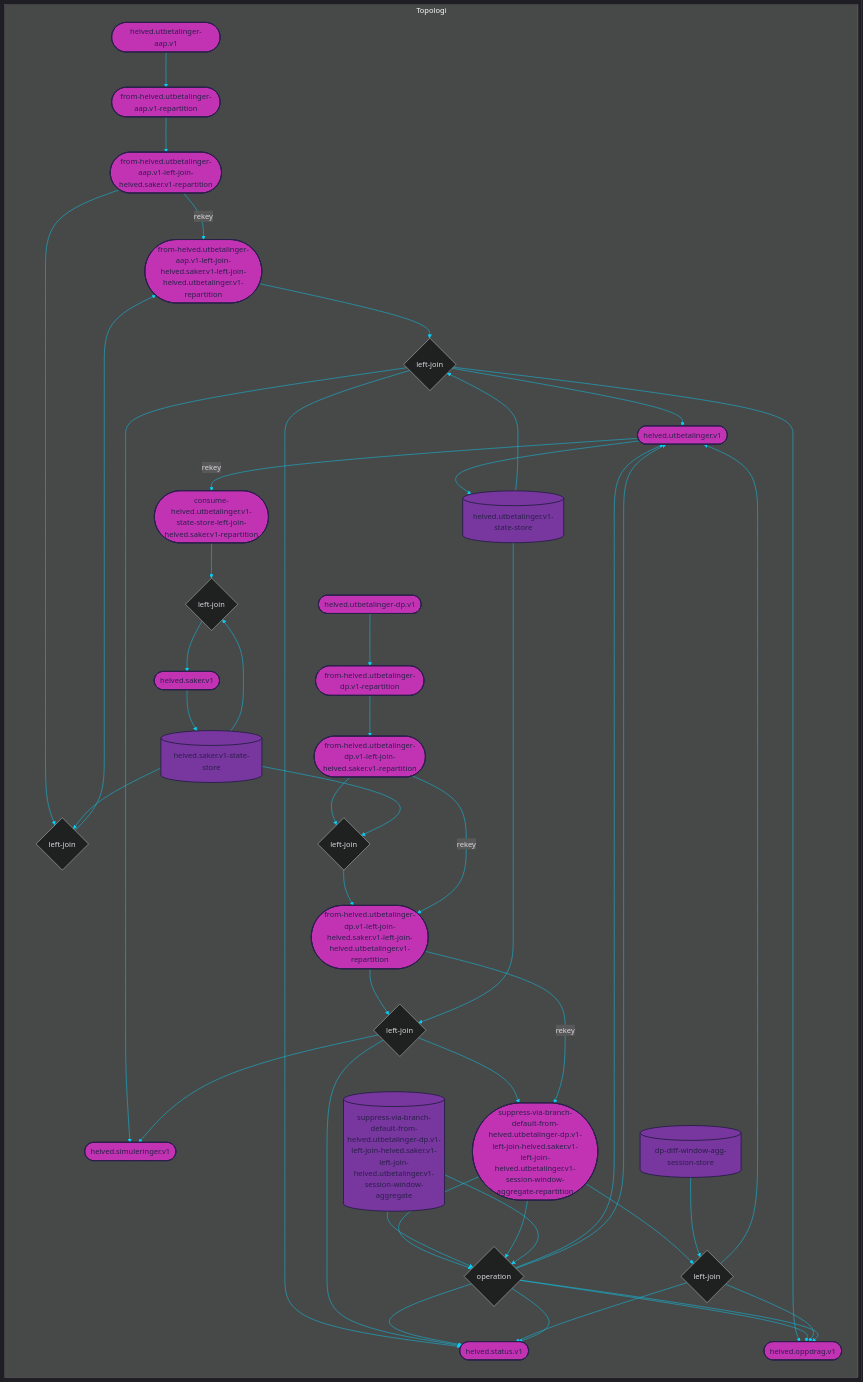
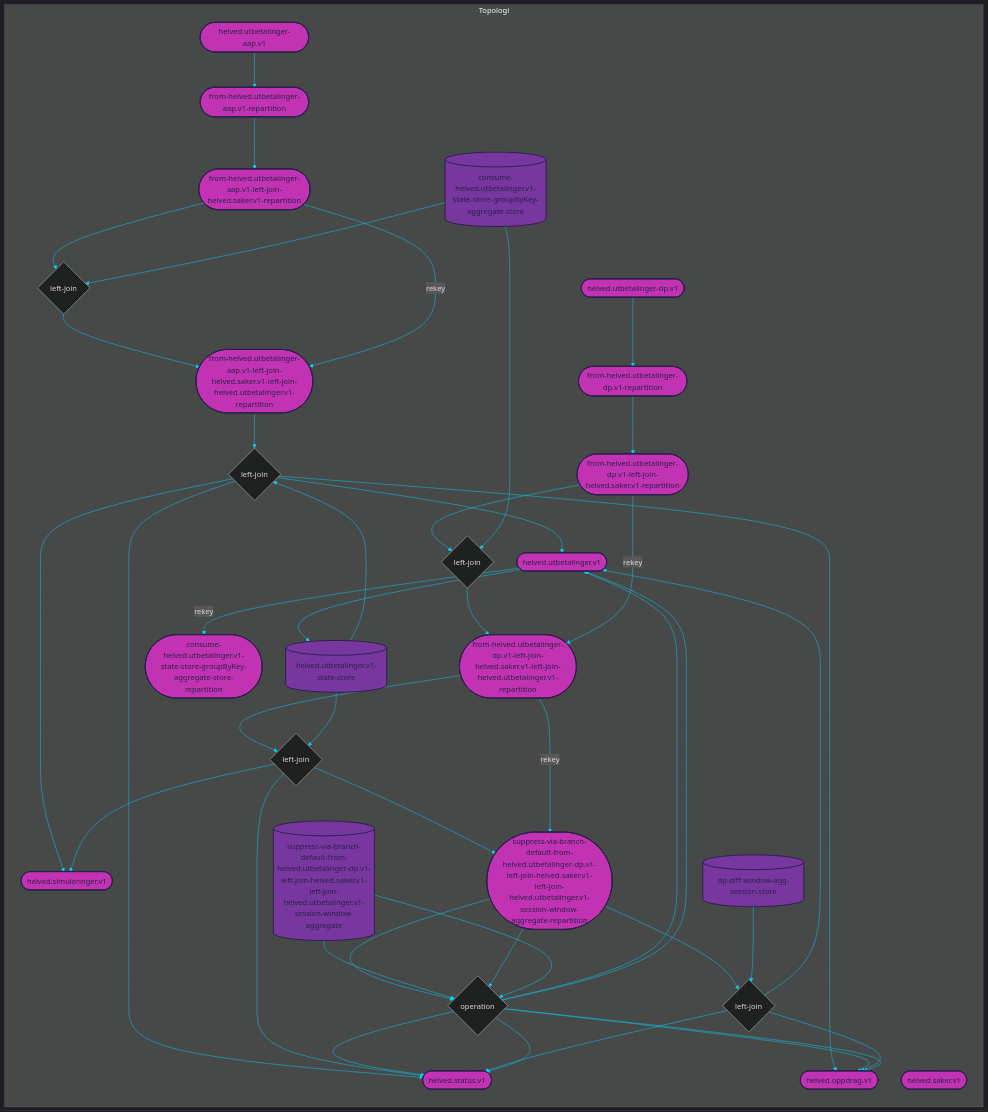
The diagram in dokumentasjon/topology.mmd (navikt/helved-utbetaling), drawn with Mermaid before and after one commit. The commit also changed 13 other files, not shown here.

Commit message:
rewrite saker to aggregate

```diff
--- a/dokumentasjon/topology.mmd
+++ b/dokumentasjon/topology.mmd
@@ -8,7 +8,7 @@
     from-helved.utbetalinger-aap.v1-left-join-helved.saker.v1-left-join-helved.utbetalinger.v1-repartition([from-helved.utbetalinger-aap.v1-left-join-helved.saker.v1-left-join-helved.utbetalinger.v1-repartition])
 	from-helved.utbetalinger-dp.v1-left-join-helved.saker.v1-left-join-helved.utbetalinger.v1-repartition([from-helved.utbetalinger-dp.v1-left-join-helved.saker.v1-left-join-helved.utbetalinger.v1-repartition])
 	helved.utbetalinger.v1([helved.utbetalinger.v1])
-	consume-helved.utbetalinger.v1-state-store-left-join-helved.saker.v1-repartition([consume-helved.utbetalinger.v1-state-store-left-join-helved.saker.v1-repartition])
+	consume-helved.utbetalinger.v1-state-store-groupByKey-aggregate-store-repartition([consume-helved.utbetalinger.v1-state-store-groupByKey-aggregate-store-repartition])
 	helved.oppdrag.v1([helved.oppdrag.v1])
 	helved.simuleringer.v1([helved.simuleringer.v1])
 	helved.status.v1([helved.status.v1])
@@ -26,7 +26,6 @@
 	from-helved.utbetalinger-dp.v1-left-join-helved.saker.v1-left-join-helved.utbetalinger.v1{left-join}
 	from-helved.utbetalinger-aap.v1-left-join-helved.saker.v1{left-join}
 	from-helved.utbetalinger-dp.v1-left-join-helved.saker.v1{left-join}
-	consume-helved.utbetalinger.v1-state-store-left-join-helved.saker.v1{left-join}
 	via-branch-default-from-helved.utbetalinger-dp.v1-left-join-helved.saker.v1-left-join-helved.utbetalinger.v1-session-window-operation-reduced{left-join}
 	suppress-via-branch-default-from-helved.utbetalinger-dp.v1-left-join-helved.saker.v1-left-join-helved.utbetalinger.v1-session-window{left-join}
 
@@ -35,7 +34,7 @@
     
     %% STATE STORES
     helved.utbetalinger.v1-state-store[(helved.utbetalinger.v1-state-store)]
-	helved.saker.v1-state-store[(helved.saker.v1-state-store)]
+	consume-helved.utbetalinger.v1-state-store-groupByKey-aggregate-store[(consume-helved.utbetalinger.v1-state-store-groupByKey-aggregate-store)]
 	suppress-via-branch-default-from-helved.utbetalinger-dp.v1-left-join-helved.saker.v1-left-join-helved.utbetalinger.v1-session-window-aggregate[(suppress-via-branch-default-from-helved.utbetalinger-dp.v1-left-join-helved.saker.v1-left-join-helved.utbetalinger.v1-session-window-aggregate)]
 	dp-diff-window-agg-session-store[(dp-diff-window-agg-session-store)]
     
@@ -55,18 +54,15 @@
 	from-helved.utbetalinger-aap.v1-left-join-helved.saker.v1-left-join-helved.utbetalinger.v1 --> helved.oppdrag.v1
 	from-helved.utbetalinger-dp.v1-left-join-helved.saker.v1-left-join-helved.utbetalinger.v1-repartition --> from-helved.utbetalinger-dp.v1-left-join-helved.saker.v1-left-join-helved.utbetalinger.v1
 	helved.utbetalinger.v1-state-store --> from-helved.utbetalinger-dp.v1-left-join-helved.saker.v1-left-join-helved.utbetalinger.v1
+	from-helved.utbetalinger-dp.v1-left-join-helved.saker.v1-left-join-helved.utbetalinger.v1 --> helved.simuleringer.v1
 	from-helved.utbetalinger-dp.v1-left-join-helved.saker.v1-left-join-helved.utbetalinger.v1 --> helved.status.v1
-	from-helved.utbetalinger-dp.v1-left-join-helved.saker.v1-left-join-helved.utbetalinger.v1 --> helved.simuleringer.v1
 	from-helved.utbetalinger-dp.v1-left-join-helved.saker.v1-left-join-helved.utbetalinger.v1 --> suppress-via-branch-default-from-helved.utbetalinger-dp.v1-left-join-helved.saker.v1-left-join-helved.utbetalinger.v1-session-window-aggregate-repartition
 	from-helved.utbetalinger-aap.v1-left-join-helved.saker.v1-repartition --> from-helved.utbetalinger-aap.v1-left-join-helved.saker.v1
-	helved.saker.v1-state-store --> from-helved.utbetalinger-aap.v1-left-join-helved.saker.v1
+	consume-helved.utbetalinger.v1-state-store-groupByKey-aggregate-store --> from-helved.utbetalinger-aap.v1-left-join-helved.saker.v1
 	from-helved.utbetalinger-aap.v1-left-join-helved.saker.v1 --> from-helved.utbetalinger-aap.v1-left-join-helved.saker.v1-left-join-helved.utbetalinger.v1-repartition
 	from-helved.utbetalinger-dp.v1-left-join-helved.saker.v1-repartition --> from-helved.utbetalinger-dp.v1-left-join-helved.saker.v1
-	helved.saker.v1-state-store --> from-helved.utbetalinger-dp.v1-left-join-helved.saker.v1
+	consume-helved.utbetalinger.v1-state-store-groupByKey-aggregate-store --> from-helved.utbetalinger-dp.v1-left-join-helved.saker.v1
 	from-helved.utbetalinger-dp.v1-left-join-helved.saker.v1 --> from-helved.utbetalinger-dp.v1-left-join-helved.saker.v1-left-join-helved.utbetalinger.v1-repartition
-	consume-helved.utbetalinger.v1-state-store-left-join-helved.saker.v1-repartition --> consume-helved.utbetalinger.v1-state-store-left-join-helved.saker.v1
-	helved.saker.v1-state-store --> consume-helved.utbetalinger.v1-state-store-left-join-helved.saker.v1
-	consume-helved.utbetalinger.v1-state-store-left-join-helved.saker.v1 --> helved.saker.v1
 	suppress-via-branch-default-from-helved.utbetalinger-dp.v1-left-join-helved.saker.v1-left-join-helved.utbetalinger.v1-session-window-aggregate-repartition --> via-branch-default-from-helved.utbetalinger-dp.v1-left-join-helved.saker.v1-left-join-helved.utbetalinger.v1-session-window-operation-reduced
 	suppress-via-branch-default-from-helved.utbetalinger-dp.v1-left-join-helved.saker.v1-left-join-helved.utbetalinger.v1-session-window-aggregate --> via-branch-default-from-helved.utbetalinger-dp.v1-left-join-helved.saker.v1-left-join-helved.utbetalinger.v1-session-window-operation-reduced
 	via-branch-default-from-helved.utbetalinger-dp.v1-left-join-helved.saker.v1-left-join-helved.utbetalinger.v1-session-window-operation-reduced --> helved.utbetalinger.v1
@@ -80,7 +76,6 @@
 
     %% TABLE STREAMS
     helved.utbetalinger.v1 --> helved.utbetalinger.v1-state-store
-	helved.saker.v1 --> helved.saker.v1-state-store
 
     %% JOB STREAMS
     
@@ -90,7 +85,7 @@
 
     %% REPARTITION STREAMS
     from-helved.utbetalinger-dp.v1-left-join-helved.saker.v1-left-join-helved.utbetalinger.v1-repartition --> |rekey| suppress-via-branch-default-from-helved.utbetalinger-dp.v1-left-join-helved.saker.v1-left-join-helved.utbetalinger.v1-session-window-aggregate-repartition
-	helved.utbetalinger.v1 --> |rekey| consume-helved.utbetalinger.v1-state-store-left-join-helved.saker.v1-repartition
+	helved.utbetalinger.v1 --> |rekey| consume-helved.utbetalinger.v1-state-store-groupByKey-aggregate-store-repartition
 	from-helved.utbetalinger-aap.v1-left-join-helved.saker.v1-repartition --> |rekey| from-helved.utbetalinger-aap.v1-left-join-helved.saker.v1-left-join-helved.utbetalinger.v1-repartition
 	from-helved.utbetalinger-dp.v1-left-join-helved.saker.v1-repartition --> |rekey| from-helved.utbetalinger-dp.v1-left-join-helved.saker.v1-left-join-helved.utbetalinger.v1-repartition
     
@@ -119,7 +114,7 @@
 style from-helved.utbetalinger-aap.v1-left-join-helved.saker.v1-left-join-helved.utbetalinger.v1-repartition fill:#c233b4, stroke:#2a204a, stroke-width:2px, color:#2a204a
 style from-helved.utbetalinger-dp.v1-left-join-helved.saker.v1-left-join-helved.utbetalinger.v1-repartition fill:#c233b4, stroke:#2a204a, stroke-width:2px, color:#2a204a
 style helved.utbetalinger.v1 fill:#c233b4, stroke:#2a204a, stroke-width:2px, color:#2a204a
-style consume-helved.utbetalinger.v1-state-store-left-join-helved.saker.v1-repartition fill:#c233b4, stroke:#2a204a, stroke-width:2px, color:#2a204a
+style consume-helved.utbetalinger.v1-state-store-groupByKey-aggregate-store-repartition fill:#c233b4, stroke:#2a204a, stroke-width:2px, color:#2a204a
 style helved.oppdrag.v1 fill:#c233b4, stroke:#2a204a, stroke-width:2px, color:#2a204a
 style helved.simuleringer.v1 fill:#c233b4, stroke:#2a204a, stroke-width:2px, color:#2a204a
 style helved.status.v1 fill:#c233b4, stroke:#2a204a, stroke-width:2px, color:#2a204a
@@ -132,6 +127,6 @@
 style helved.utbetalinger-dp.v1 fill:#c233b4, stroke:#2a204a, stroke-width:2px, color:#2a204a
 style from-helved.utbetalinger-dp.v1-repartition fill:#c233b4, stroke:#2a204a, stroke-width:2px, color:#2a204a
 style helved.utbetalinger.v1-state-store fill:#78369f, stroke:#2a204a, stroke-width:2px, color:#2a204a
-style helved.saker.v1-state-store fill:#78369f, stroke:#2a204a, stroke-width:2px, color:#2a204a
+style consume-helved.utbetalinger.v1-state-store-groupByKey-aggregate-store fill:#78369f, stroke:#2a204a, stroke-width:2px, color:#2a204a
 style suppress-via-branch-default-from-helved.utbetalinger-dp.v1-left-join-helved.saker.v1-left-join-helved.utbetalinger.v1-session-window-aggregate fill:#78369f, stroke:#2a204a, stroke-width:2px, color:#2a204a
 style dp-diff-window-agg-session-store fill:#78369f, stroke:#2a204a, stroke-width:2px, color:#2a204a
```
